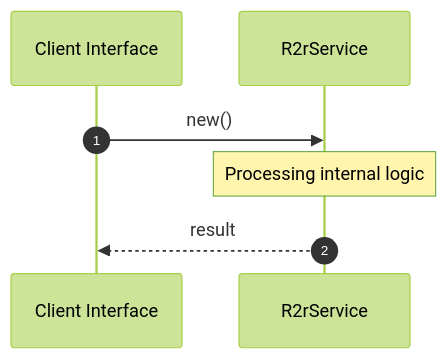
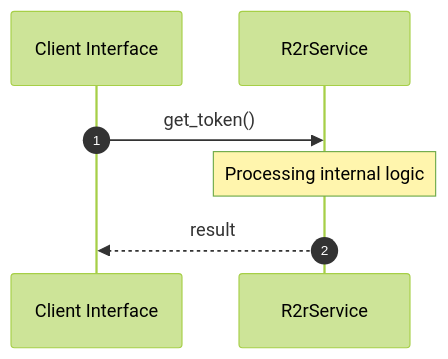
The second of 2 diagrams in openwiki/crates_factory-infrastructure_src_r2r_rs.md (lgcorzo/rust_CACD_autonomous_factory), drawn with Mermaid (forest theme) before and after one commit. The commit also changed other lines of this file and 76 other files, not shown here.

````diff
--- a/openwiki/crates_factory-infrastructure_src_r2r_rs.md
+++ b/openwiki/crates_factory-infrastructure_src_r2r_rs.md
@@ -129,10 +129,10 @@
 ```mermaid
 sequenceDiagram
     autonumber
     participant Caller as Client Interface
     participant Svc as R2rService
-    Caller->>Svc: new()
+    Caller->>Svc: get_token()
     Note over Svc: Processing internal logic
     Svc-->>Caller: result
 
 ```
````
